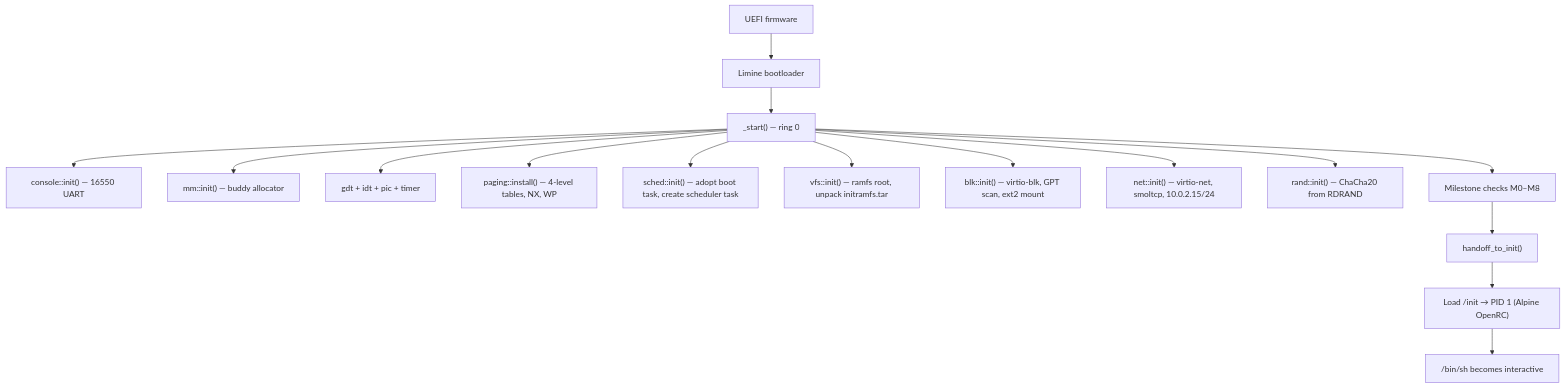
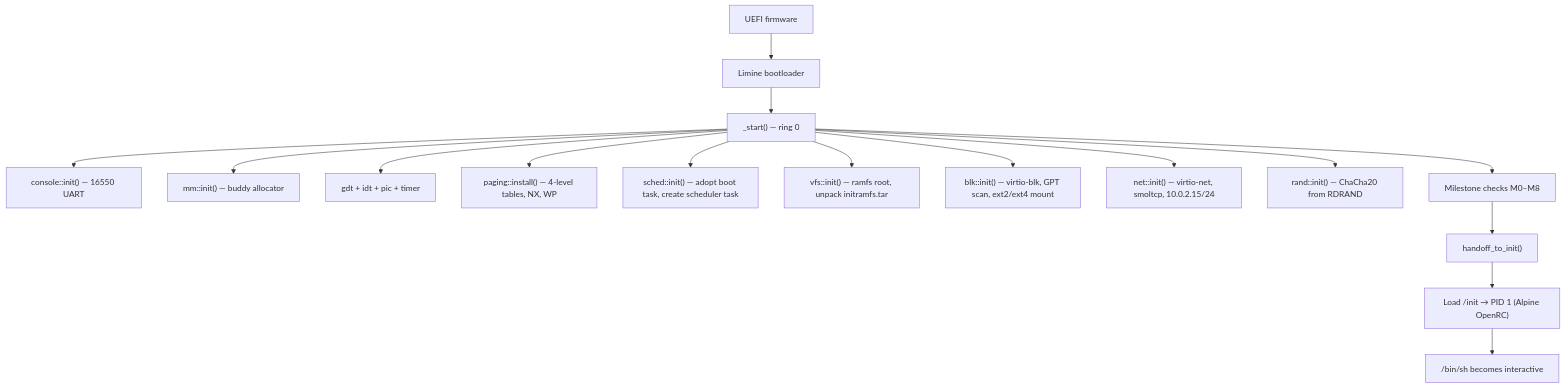
Before and after one commit to sgj123456/MPOS: the second of 4 diagrams in README.md, drawn with Mermaid. The commit also changed other lines of this file and 62 other files, not shown here.

````diff
--- a/README.md
+++ b/README.md
@@ -118,18 +118,18 @@
 ```mermaid
 graph TD
     A["UEFI firmware"] --> B["Limine bootloader"]
     B --> C["_start() — ring 0"]
     C --> D["console::init() — 16550 UART"]
     C --> E["mm::init() — buddy allocator"]
     C --> F["gdt + idt + pic + timer"]
     C --> G["paging::install() — 4-level tables, NX, WP"]
     C --> H["sched::init() — adopt boot task, create scheduler task"]
     C --> I["vfs::init() — ramfs root, unpack initramfs.tar"]
-    C --> J["blk::init() — virtio-blk, GPT scan, ext2 mount"]
+    C --> J["blk::init() — virtio-blk, GPT scan, ext2/ext4 mount"]
     C --> K["net::init() — virtio-net, smoltcp, 10.0.2.15/24"]
     C --> L["rand::init() — ChaCha20 from RDRAND"]
     C --> M["Milestone checks M0–M8"]
     M --> N["handoff_to_init()"]
     N --> O["Load /init → PID 1 (Alpine OpenRC)"]
     O --> P["/bin/sh becomes interactive"]
 ```
````
